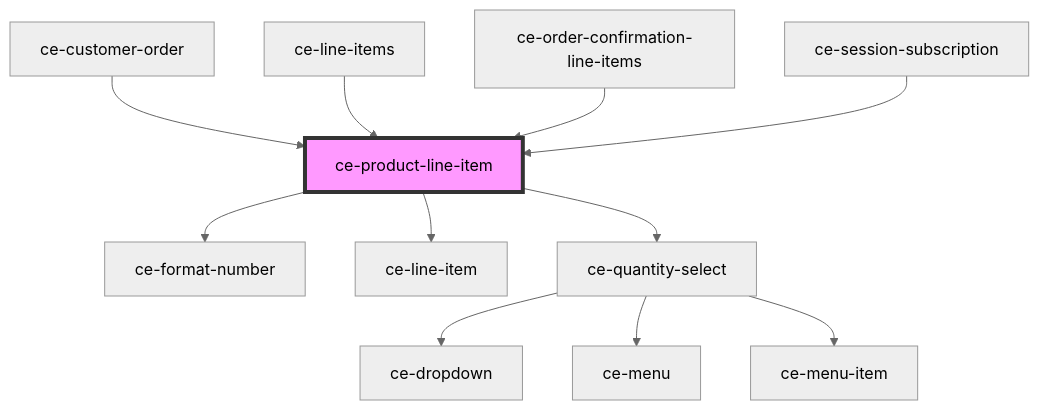
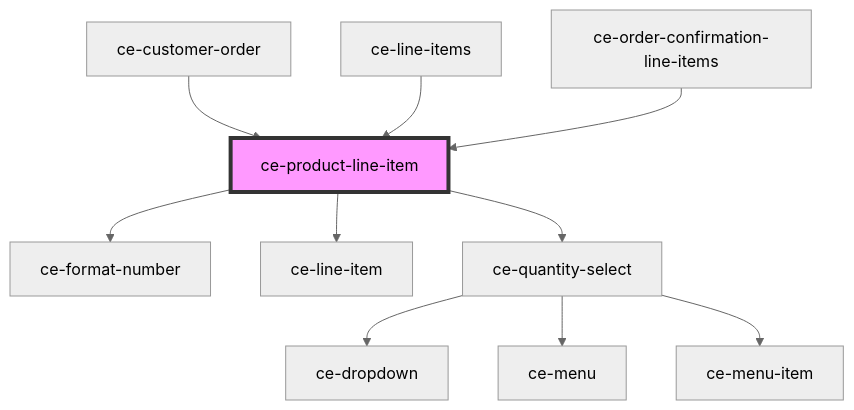
One commit to surecart/surecart-wp-plugin changed the diagram in packages/components/src/components/ui/product-line-item/readme.md. Above: the diagram before and after it, drawn with Mermaid (neutral theme). The commit also changed other lines of this file and 101 other files, not shown here.

````diff
--- a/packages/components/src/components/ui/product-line-item/readme.md
+++ b/packages/components/src/components/ui/product-line-item/readme.md
@@ -47,14 +46,13 @@
 ```mermaid
 graph TD;
   ce-product-line-item --> ce-format-number
   ce-product-line-item --> ce-line-item
   ce-product-line-item --> ce-quantity-select
   ce-quantity-select --> ce-dropdown
   ce-quantity-select --> ce-menu
   ce-quantity-select --> ce-menu-item
   ce-customer-order --> ce-product-line-item
   ce-line-items --> ce-product-line-item
   ce-order-confirmation-line-items --> ce-product-line-item
-  ce-session-subscription --> ce-product-line-item
   style ce-product-line-item fill:#f9f,stroke:#333,stroke-width:4px
 ```
````
